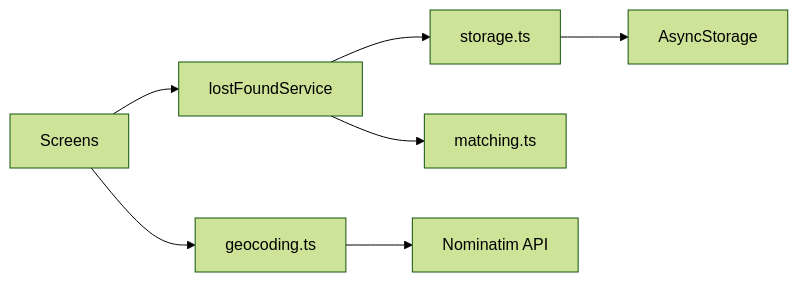
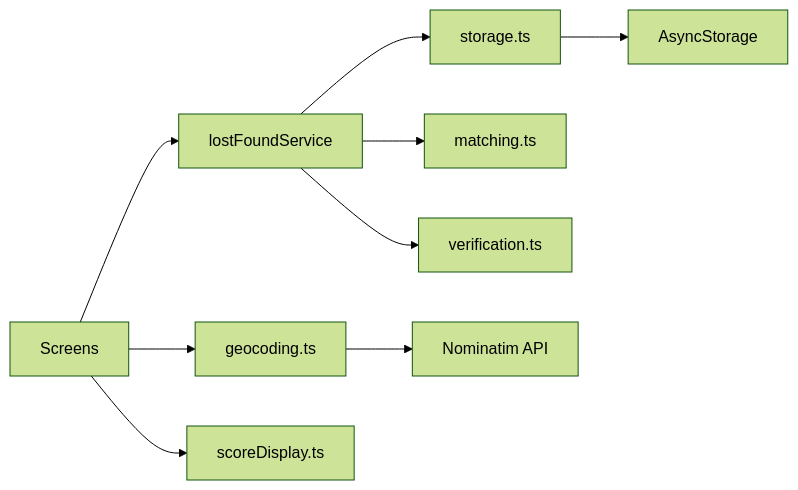
One commit to melnykmorti/vienna-lost-found changed the diagram in docs/ARCHITECTURE.md. Above: the diagram before and after it, drawn with Mermaid (forest theme). The commit also changed other lines of this file and 21 other files, not shown here.

````diff
--- a/docs/ARCHITECTURE.md
+++ b/docs/ARCHITECTURE.md
@@ -42,9 +57,11 @@
 ```mermaid
 flowchart LR
   UI[Screens] --> SVC[lostFoundService]
   SVC --> ST[storage.ts]
   ST --> AS[AsyncStorage]
   SVC --> MAT[matching.ts]
+  SVC --> VER[verification.ts]
   UI --> GEO[geocoding.ts]
   GEO --> NOM[Nominatim API]
+  UI --> SCORE[scoreDisplay.ts]
 ```
````
